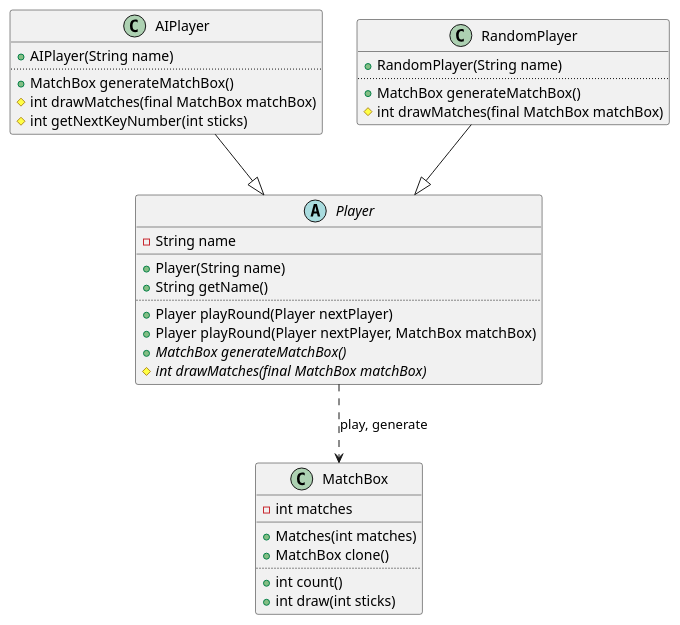
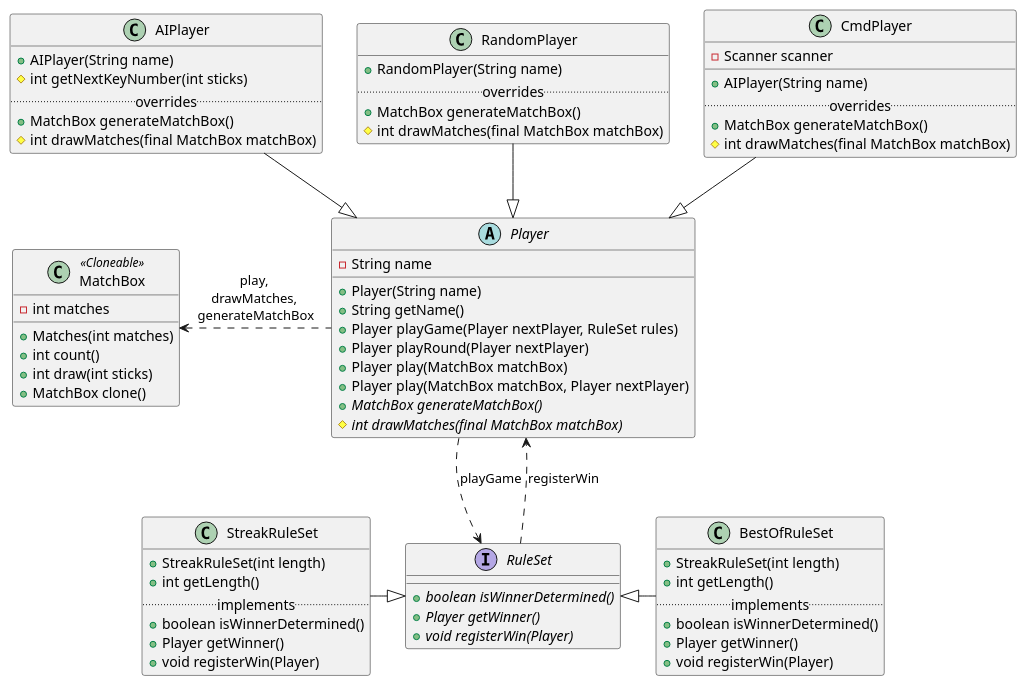
One commit to adrianschrader/nim changed the diagram in res/classes.puml. Above: the diagram before and after it, drawn with PlantUML. The commit also changed 2 other files, not shown here.

Commit message:
updated uml and use cases, refactored tests

```diff
--- a/res/classes.puml
+++ b/res/classes.puml
@@ -1,47 +1,87 @@
 @startuml
 
 skinparam monochrome false
+top to bottom direction
 
-class MatchBox {
+class MatchBox <<Cloneable>> {
     - int matches
     __
     + Matches(int matches)
-    + MatchBox clone()
-    ..
     + int count()
     + int draw(int sticks)
+    + MatchBox clone()
 }
 
 abstract class Player {
     - String name
     __
     + Player(String name)
     + String getName()
-    ..
+    + Player playGame(Player nextPlayer, RuleSet rules)
     + Player playRound(Player nextPlayer)
-    + Player playRound(Player nextPlayer, MatchBox matchBox)
+    + Player play(MatchBox matchBox)
+    + Player play(MatchBox matchBox, Player nextPlayer)
     {abstract}+ MatchBox generateMatchBox()
     {abstract}# int drawMatches(final MatchBox matchBox)
 }
 
+interface RuleSet {
+    {abstract}+ boolean isWinnerDetermined()
+    {abstract}+ Player getWinner()
+    {abstract}+ void registerWin(Player)
+}
+
 class AIPlayer {
     + AIPlayer(String name)
-    ..
+    # int getNextKeyNumber(int sticks)
+    .. overrides ..
     + MatchBox generateMatchBox()
     # int drawMatches(final MatchBox matchBox)
-    # int getNextKeyNumber(int sticks)
 }
 
 class RandomPlayer {
     + RandomPlayer(String name)
-    ..
+    .. overrides ..
     + MatchBox generateMatchBox()
     # int drawMatches(final MatchBox matchBox)
 }
 
+class CmdPlayer {
+    - Scanner scanner
+    __
+    + AIPlayer(String name)
+    .. overrides ..
+    + MatchBox generateMatchBox()
+    # int drawMatches(final MatchBox matchBox)
+}
+
+class StreakRuleSet {
+    + StreakRuleSet(int length)
+    + int getLength()
+    .. implements ..
+    + boolean isWinnerDetermined()
+    + Player getWinner()
+    + void registerWin(Player)
+}
+
+class BestOfRuleSet {
+    + StreakRuleSet(int length)
+    + int getLength()
+    .. implements ..
+    + boolean isWinnerDetermined()
+    + Player getWinner()
+    + void registerWin(Player)
+}
+
 AIPlayer --|> Player
 RandomPlayer --|> Player
+CmdPlayer --|> Player
 
-Player ..> MatchBox : play, generate
+StreakRuleSet -right-|> RuleSet
+BestOfRuleSet -left-|> RuleSet
+
+Player .left.> MatchBox : play, \ndrawMatches, \ngenerateMatchBox
+Player ..> RuleSet : playGame
+RuleSet ..> Player : registerWin
 
 @enduml
```
